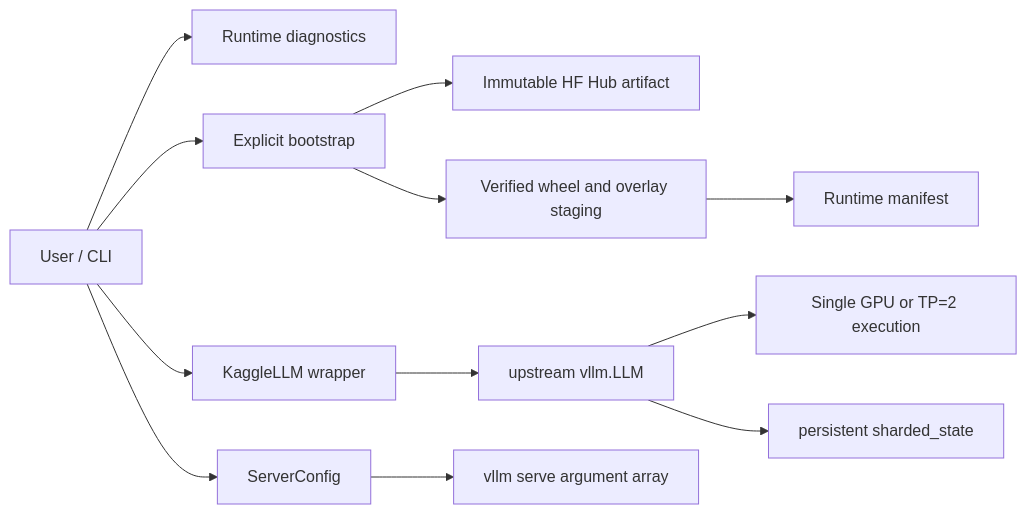
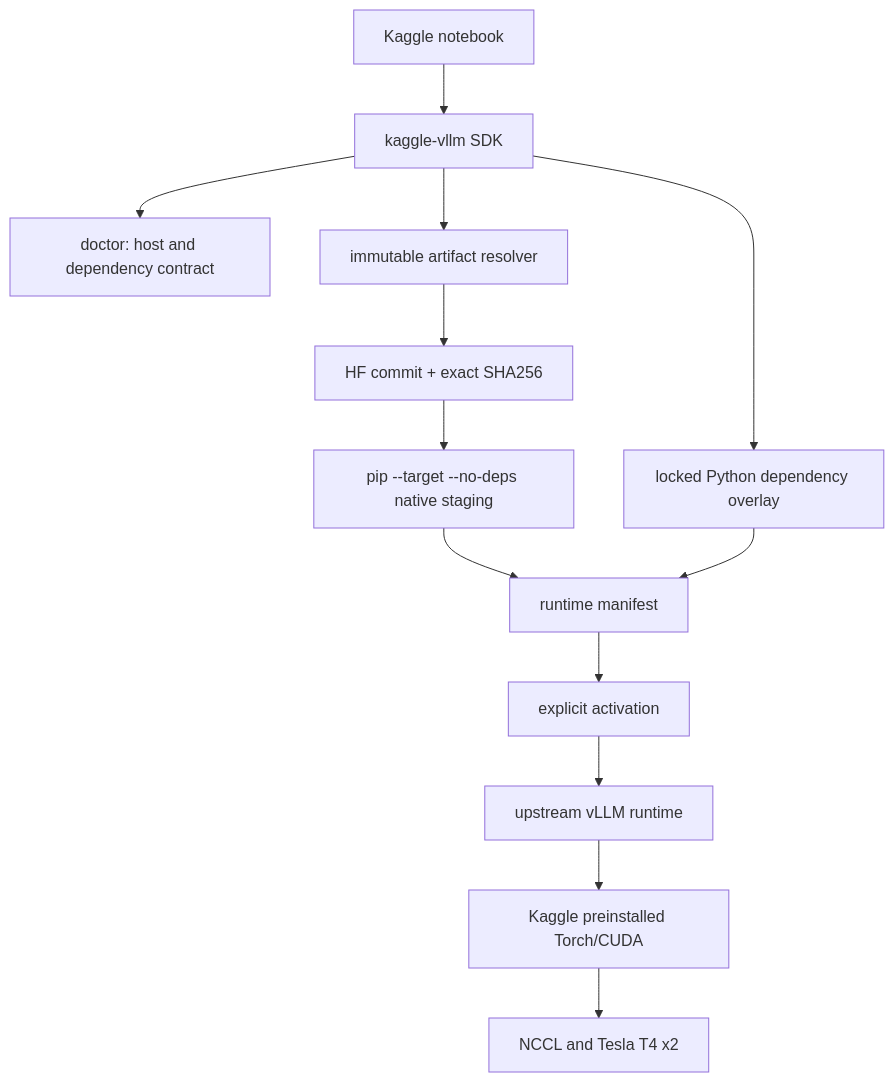
One commit to kaggle-vllm/kaggle-vllm changed the diagram in docs/architecture.md. Above: the diagram before and after it, drawn with Mermaid. The commit also changed other lines of this file and 29 other files, not shown here.

````diff
--- a/docs/architecture.md
+++ b/docs/architecture.md
@@ -5,14 +10,15 @@
 ```mermaid
-flowchart LR
-    U[User / CLI] --> R[Runtime diagnostics]
-    U --> B[Explicit bootstrap]
-    B --> H[Immutable HF Hub artifact]
-    B --> I[Verified wheel and overlay staging]
-    I --> M[Runtime manifest]
-    U --> K[KaggleLLM wrapper]
-    K --> V[upstream vllm.LLM]
-    V --> T[Single GPU or TP=2 execution]
-    V --> S[persistent sharded_state]
-    U --> O[ServerConfig]
-    O --> C[vllm serve argument array]
+flowchart TD
+    N[Kaggle notebook] --> S[kaggle-vllm SDK]
+    S --> D[doctor: host and dependency contract]
+    S --> R[immutable artifact resolver]
+    R --> H[HF commit + exact SHA256]
+    H --> W[pip --target --no-deps native staging]
+    S --> O[locked Python dependency overlay]
+    W --> M[runtime manifest]
+    O --> M
+    M --> A[explicit activation]
+    A --> V[upstream vLLM runtime]
+    V --> T[Kaggle preinstalled Torch/CUDA]
+    T --> C[NCCL and Tesla T4 x2]
 ```
````
